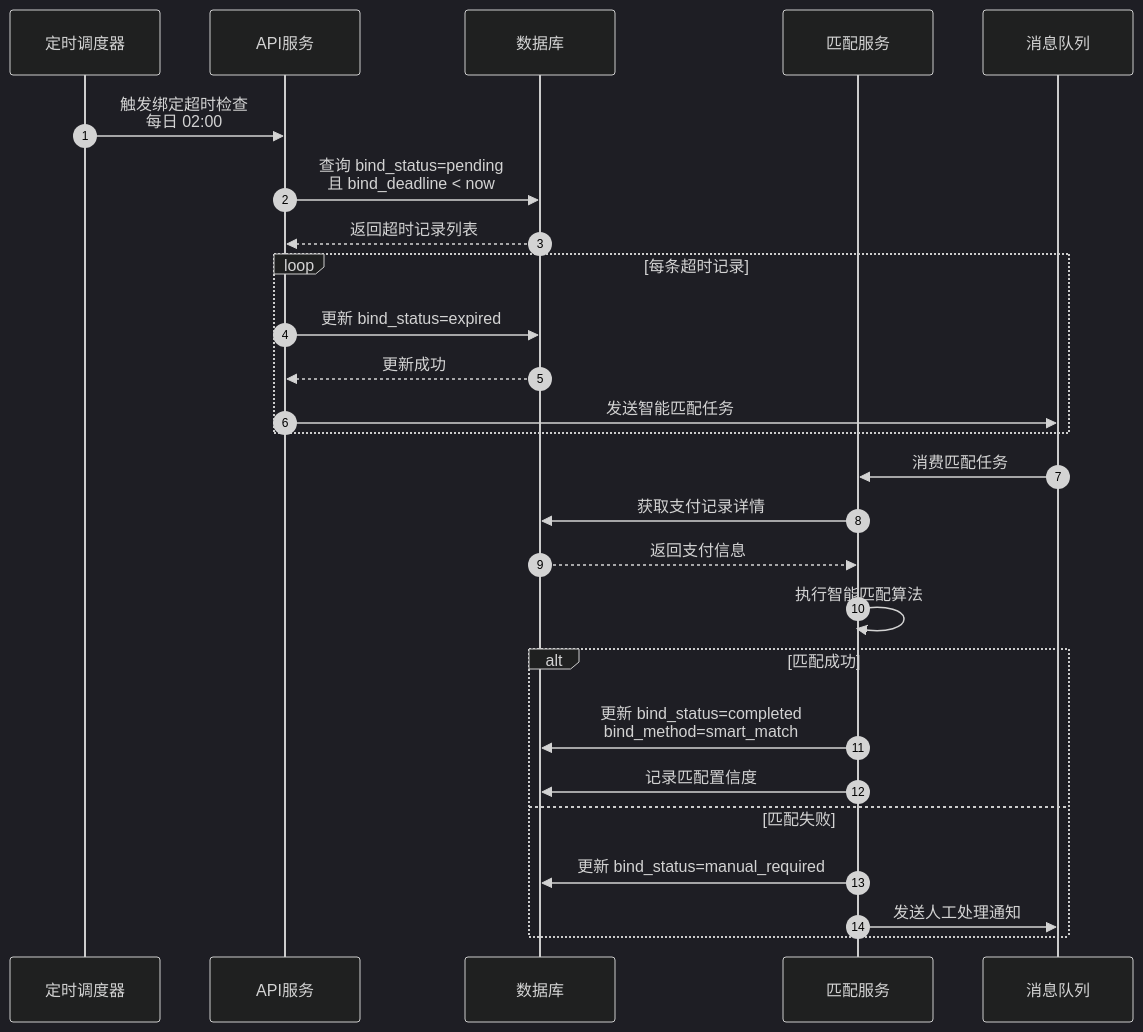
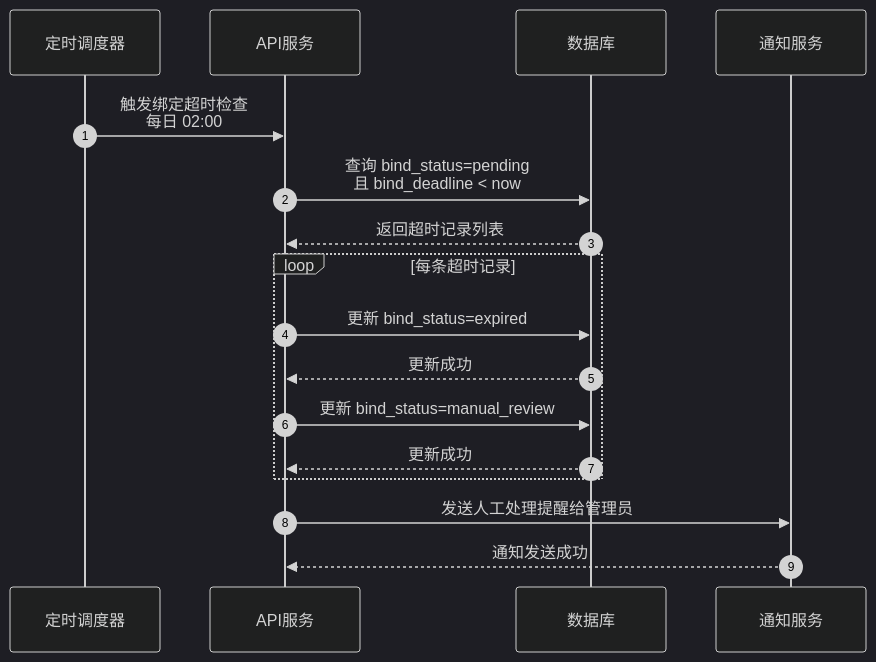
One commit to yiancode/AutoDepositRefundAgent changed diagram 26 of 58 in docs/v1/技术方案.md. Above: the diagram before and after it, drawn with Mermaid (dark theme). The commit also changed other lines of this file and 9 other files, not shown here.

````diff
--- a/docs/v1/技术方案.md
+++ b/docs/v1/技术方案.md
@@ -1143,33 +1251,22 @@
 ```mermaid
 sequenceDiagram
     autonumber
     participant Scheduler as 定时调度器
     participant API as API服务
     participant DB as 数据库
-    participant Match as 匹配服务
-    participant MQ as 消息队列
+    participant Notify as 通知服务
 
     Scheduler->>API: 触发绑定超时检查<br/>每日 02:00
     API->>DB: 查询 bind_status=pending<br/>且 bind_deadline < now
     DB-->>API: 返回超时记录列表
 
     loop 每条超时记录
         API->>DB: 更新 bind_status=expired
         DB-->>API: 更新成功
-        API->>MQ: 发送智能匹配任务
+        API->>DB: 更新 bind_status=manual_review
+        DB-->>API: 更新成功
     end
 
-    MQ->>Match: 消费匹配任务
-    Match->>DB: 获取支付记录详情
-    DB-->>Match: 返回支付信息
-
-    Match->>Match: 执行智能匹配算法
-
-    alt 匹配成功
-        Match->>DB: 更新 bind_status=completed<br/>bind_method=smart_match
-        Match->>DB: 记录匹配置信度
-    else 匹配失败
-        Match->>DB: 更新 bind_status=manual_required
-        Match->>MQ: 发送人工处理通知
-    end
+    API->>Notify: 发送人工处理提醒给管理员
+    Notify-->>API: 通知发送成功
 ```
````
